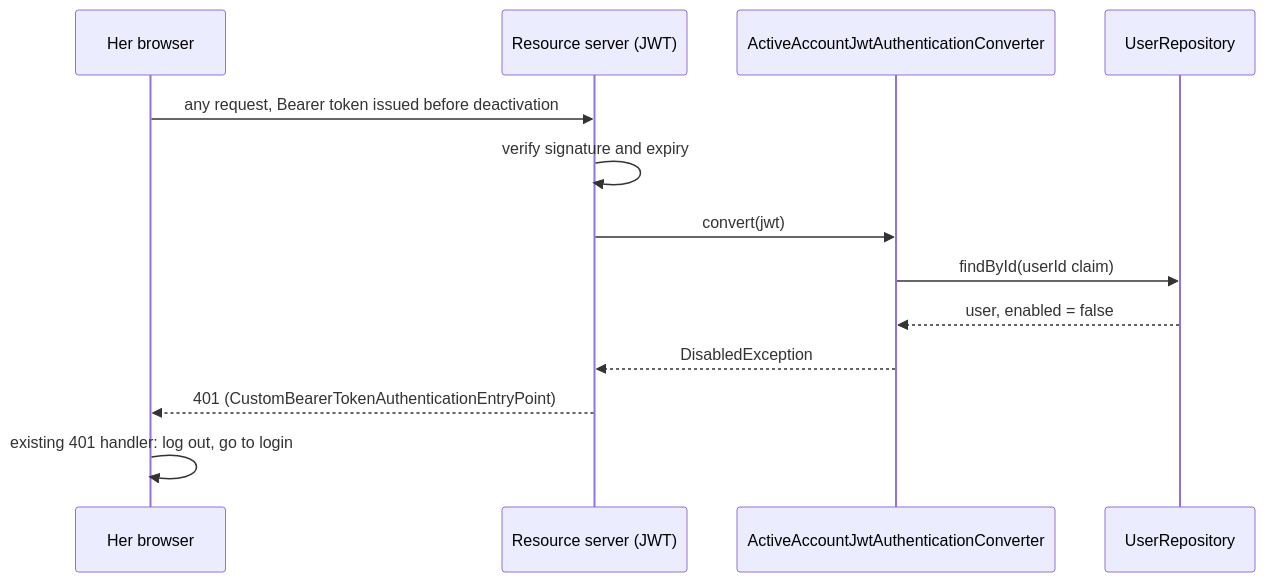
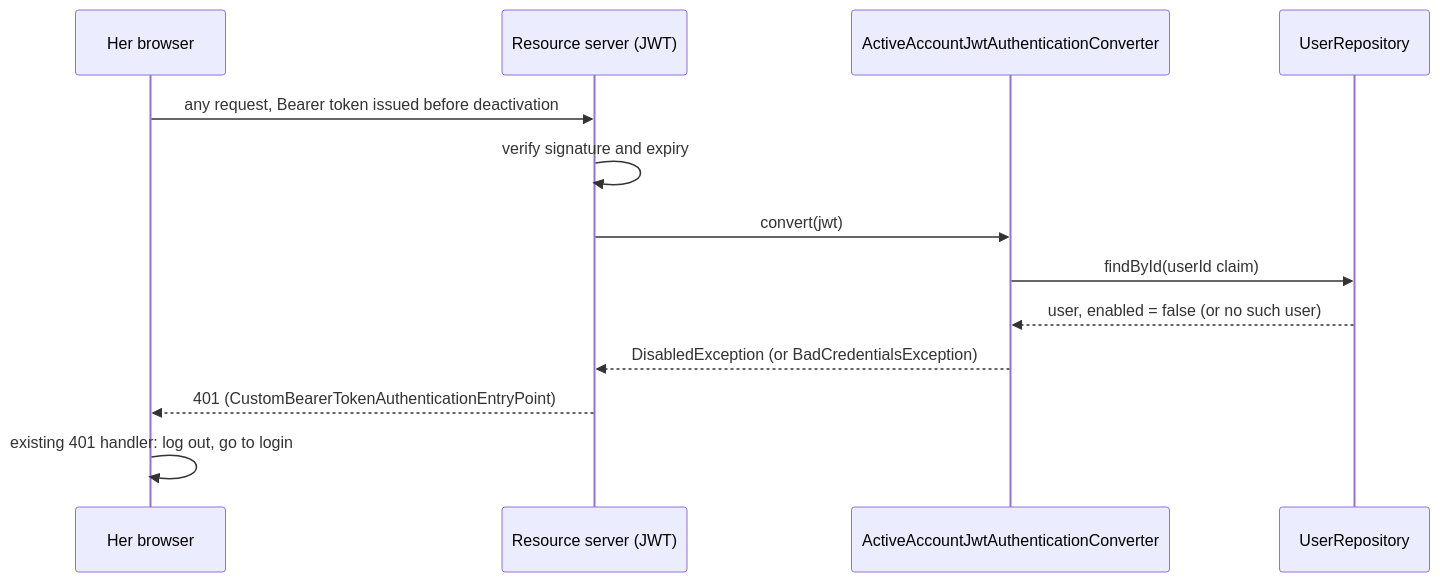
The third of 3 diagrams in docs/design/stu.md (adamjawn/add-a-use-case), drawn with Mermaid before and after one commit. The commit also changed other lines of this file, not shown here.

````diff
--- a/docs/design/stu.md
+++ b/docs/design/stu.md
@@ -102,15 +109,15 @@
 ```mermaid
 sequenceDiagram
     participant SPA as Her browser
     participant RS as Resource server (JWT)
     participant CV as ActiveAccountJwtAuthenticationConverter
     participant UR as UserRepository
     SPA->>RS: any request, Bearer token issued before deactivation
     RS->>RS: verify signature and expiry
     RS->>CV: convert(jwt)
     CV->>UR: findById(userId claim)
-    UR-->>CV: user, enabled = false
-    CV-->>RS: DisabledException
+    UR-->>CV: user, enabled = false (or no such user)
+    CV-->>RS: DisabledException (or BadCredentialsException)
     RS-->>SPA: 401 (CustomBearerTokenAuthenticationEntryPoint)
     SPA->>SPA: existing 401 handler: log out, go to login
 ```
````
